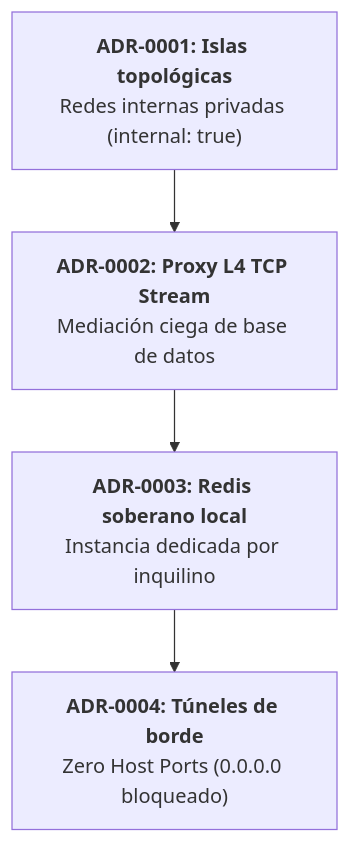
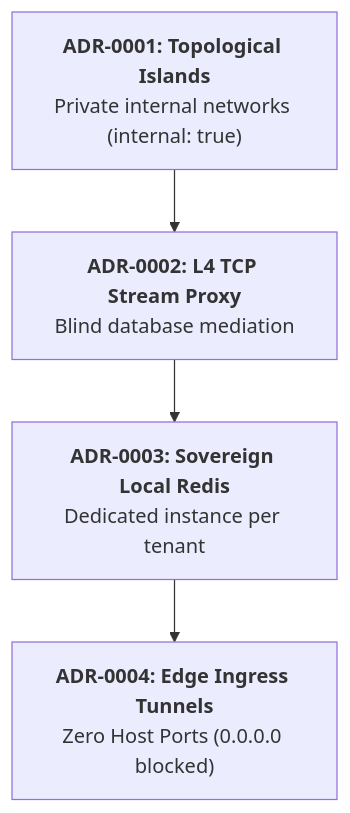
The third of 4 diagrams in README.md (isora-cloud-group/stratum-hub), drawn with Mermaid before and after one commit. The commit also changed other lines of this file, not shown here.

````diff
--- a/README.md
+++ b/README.md
@@ -148,9 +148,9 @@
 ```mermaid
 flowchart TD
-    ADR1["<b>ADR-0001: Islas topológicas</b><br/>Redes internas privadas (internal: true)"]
-    ADR2["<b>ADR-0002: Proxy L4 TCP Stream</b><br/>Mediación ciega de base de datos"]
-    ADR3["<b>ADR-0003: Redis soberano local</b><br/>Instancia dedicada por inquilino"]
-    ADR4["<b>ADR-0004: Túneles de borde</b><br/>Zero Host Ports (0.0.0.0 bloqueado)"]
+    ADR1["<b>ADR-0001: Topological Islands</b><br/>Private internal networks (internal: true)"]
+    ADR2["<b>ADR-0002: L4 TCP Stream Proxy</b><br/>Blind database mediation"]
+    ADR3["<b>ADR-0003: Sovereign Local Redis</b><br/>Dedicated instance per tenant"]
+    ADR4["<b>ADR-0004: Edge Ingress Tunnels</b><br/>Zero Host Ports (0.0.0.0 blocked)"]
     
     ADR1 --> ADR2 --> ADR3 --> ADR4
 ```
````
